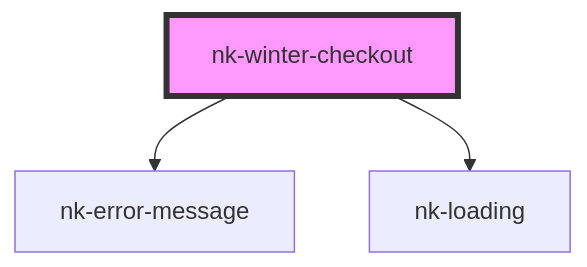
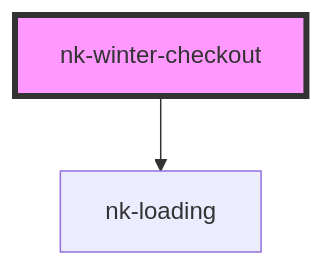
One commit to niftykit-inc/components changed the diagram in src/components/nk-winter-checkout/readme.md. Above: the diagram before and after it, drawn with Mermaid. The commit also changed other lines of this file and 2 other files, not shown here.

Commit message:
properly pass winter params

````diff
--- a/src/components/nk-winter-checkout/readme.md
+++ b/src/components/nk-winter-checkout/readme.md
@@ -61,6 +60,5 @@
 ```mermaid
 graph TD;
-  nk-winter-checkout --> nk-error-message
   nk-winter-checkout --> nk-loading
   style nk-winter-checkout fill:#f9f,stroke:#333,stroke-width:4px
 ```
````
